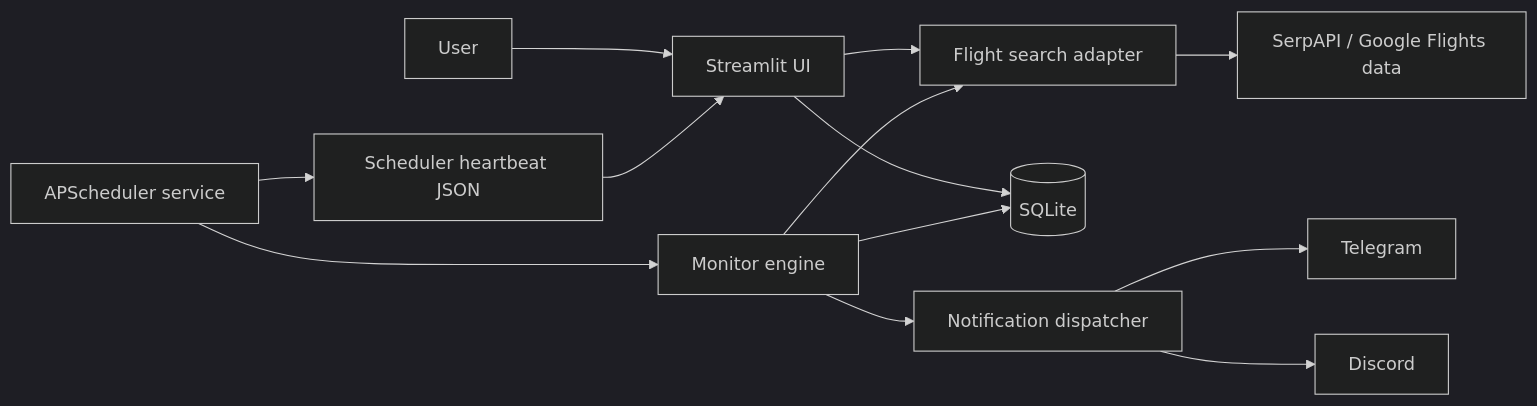
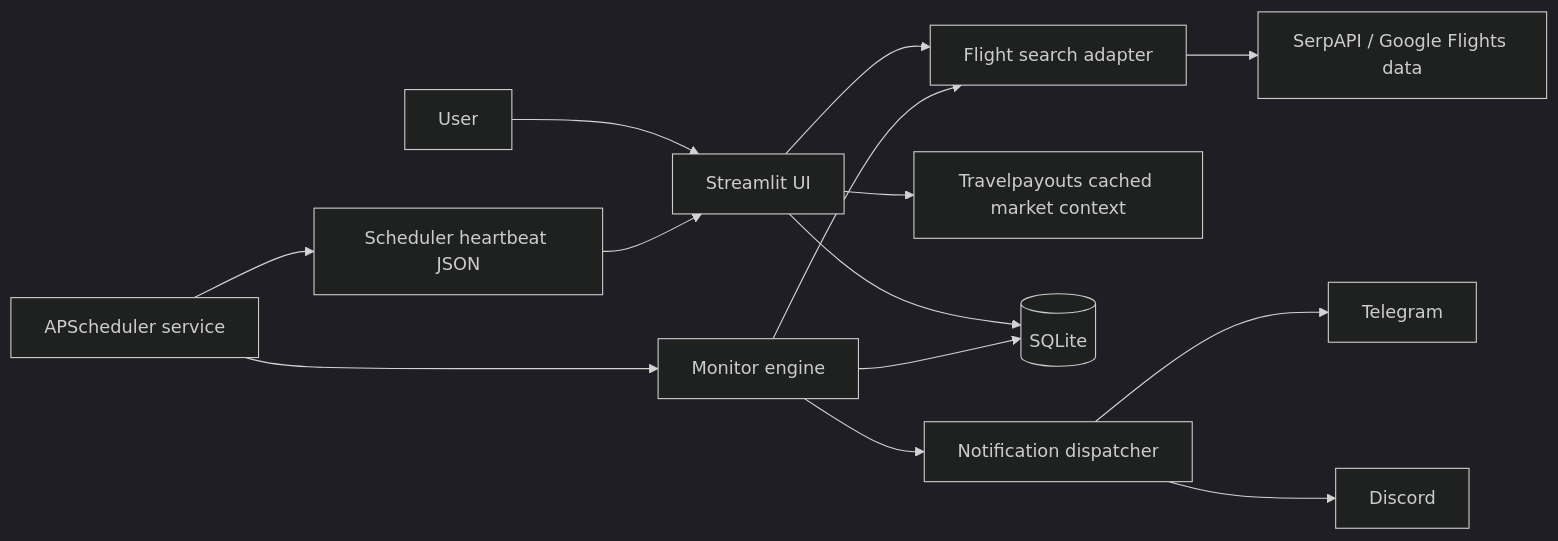
The diagram in docs/ARCHITECTURE.md (victor781205/skywatch-flight-monitor), drawn with Mermaid (dark theme) before and after one commit. The commit also changed other lines of this file and 8 other files, not shown here.

Commit message:
Add cached Travelpayouts market insights

````diff
--- a/docs/ARCHITECTURE.md
+++ b/docs/ARCHITECTURE.md
@@ -6,15 +6,16 @@
 ```mermaid
 flowchart LR
   U[User] --> UI[Streamlit UI]
   UI --> API[Flight search adapter]
   S[APScheduler service] --> M[Monitor engine]
   M --> API
   API --> EXT[SerpAPI / Google Flights data]
+  UI --> TP[Travelpayouts cached market context]
   UI --> DB[(SQLite)]
   M --> DB
   M --> N[Notification dispatcher]
   N --> TG[Telegram]
   N --> DC[Discord]
   S --> H[Scheduler heartbeat JSON]
   H --> UI
 ```
````
